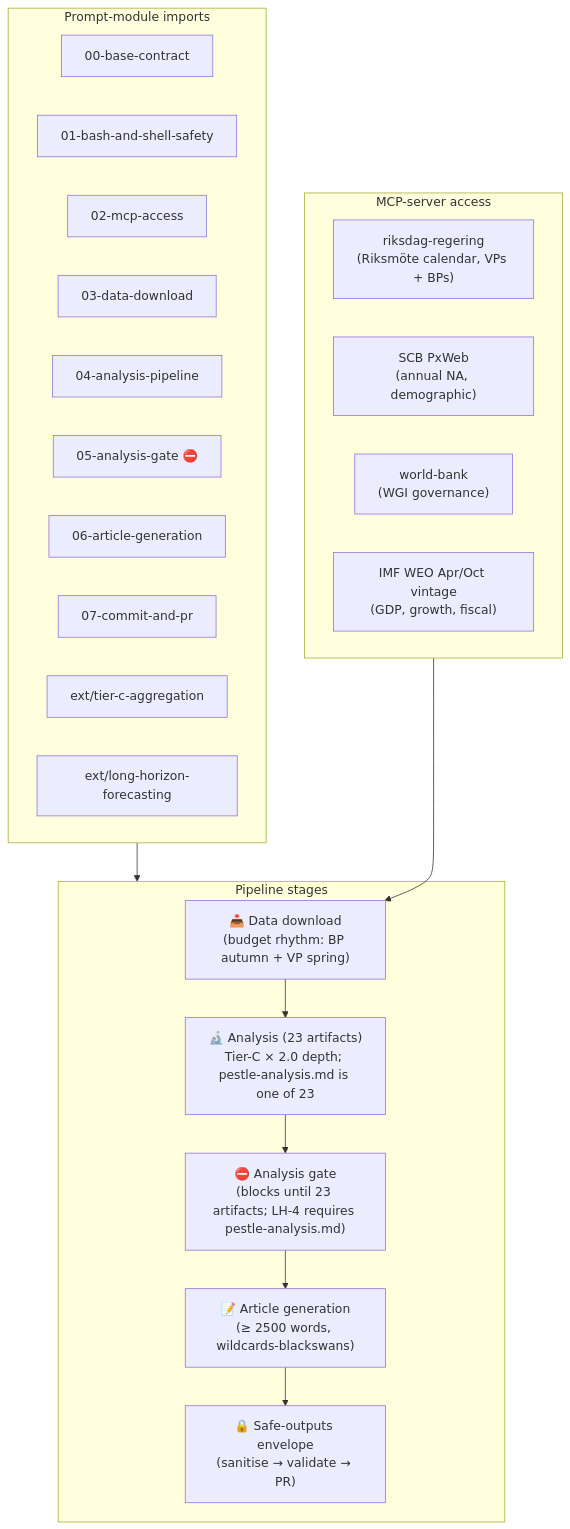
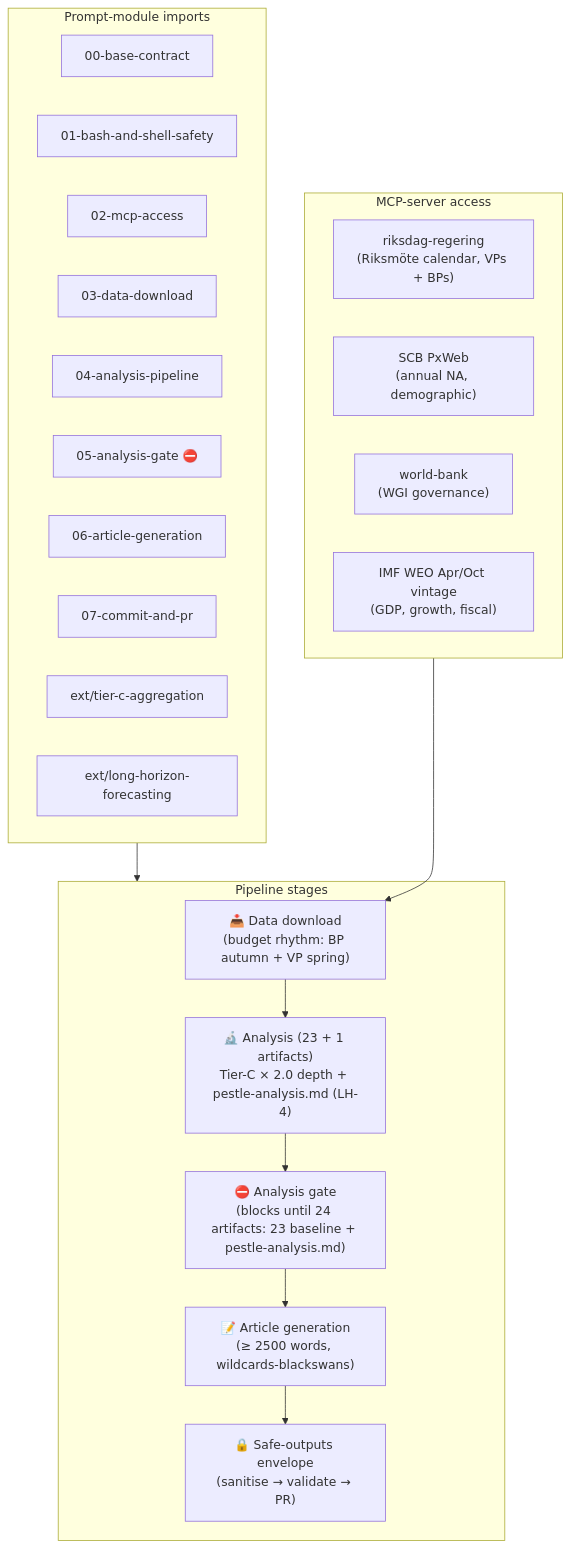
Before and after one commit to Hack23/riksdagsmonitor: diagram 15 of 20 in WORKFLOWS.md, drawn with Mermaid. The commit also changed other lines of this file and 1 other file, not shown here.

````diff
--- a/WORKFLOWS.md
+++ b/WORKFLOWS.md
@@ -1127,34 +1133,34 @@
 ```mermaid
 flowchart TD
     subgraph Imports["Prompt-module imports"]
         P00["00-base-contract"]
         P01["01-bash-and-shell-safety"]
         P02["02-mcp-access"]
         P03["03-data-download"]
         P04["04-analysis-pipeline"]
         P05["05-analysis-gate ⛔"]
         P06["06-article-generation"]
         P07["07-commit-and-pr"]
         EXT1["ext/tier-c-aggregation"]
         EXT2["ext/long-horizon-forecasting"]
     end
 
     subgraph MCP["MCP-server access"]
         RR["riksdag-regering<br/>(Riksmöte calendar, VPs + BPs)"]
         SCB["SCB PxWeb<br/>(annual NA, demographic)"]
         WB["world-bank<br/>(WGI governance)"]
         IMF["IMF WEO Apr/Oct vintage<br/>(GDP, growth, fiscal)"]
     end
 
     subgraph Pipeline["Pipeline stages"]
         A1["📥 Data download<br/>(budget rhythm: BP autumn + VP spring)"]
-        A2["🔬 Analysis (23 artifacts)<br/>Tier-C × 2.0 depth; pestle-analysis.md is one of 23"]
-        A3["⛔ Analysis gate<br/>(blocks until 23 artifacts; LH-4 requires pestle-analysis.md)"]
+        A2["🔬 Analysis (23 + 1 artifacts)<br/>Tier-C × 2.0 depth + pestle-analysis.md (LH-4)"]
+        A3["⛔ Analysis gate<br/>(blocks until 24 artifacts: 23 baseline + pestle-analysis.md)"]
         A4["📝 Article generation<br/>(≥ 2500 words, wildcards-blackswans)"]
         A5["🔒 Safe-outputs envelope<br/>(sanitise → validate → PR)"]
     end
 
     Imports --> Pipeline
     MCP --> A1
     A1 --> A2 --> A3 --> A4 --> A5
 ```
````
